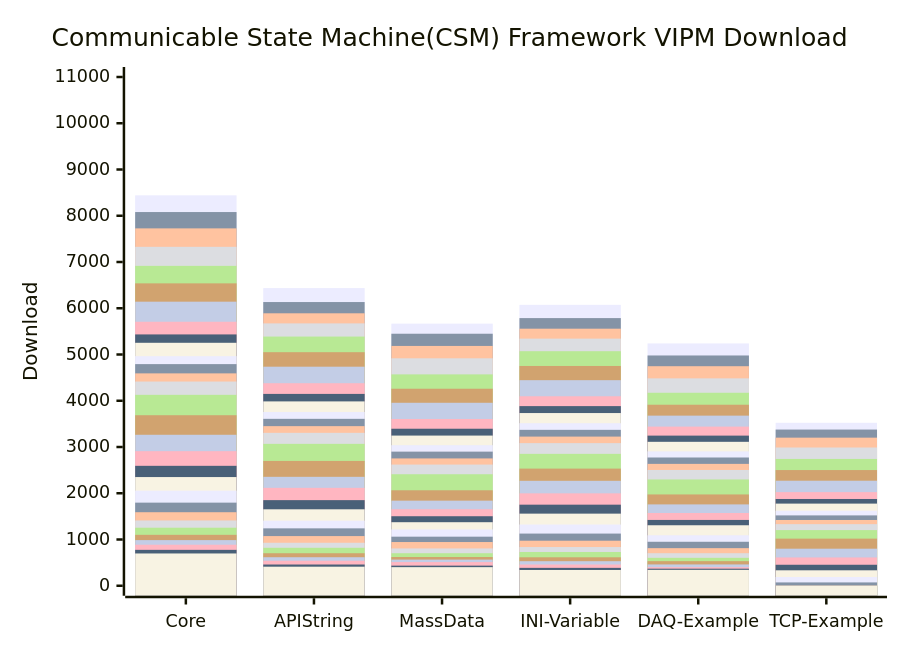
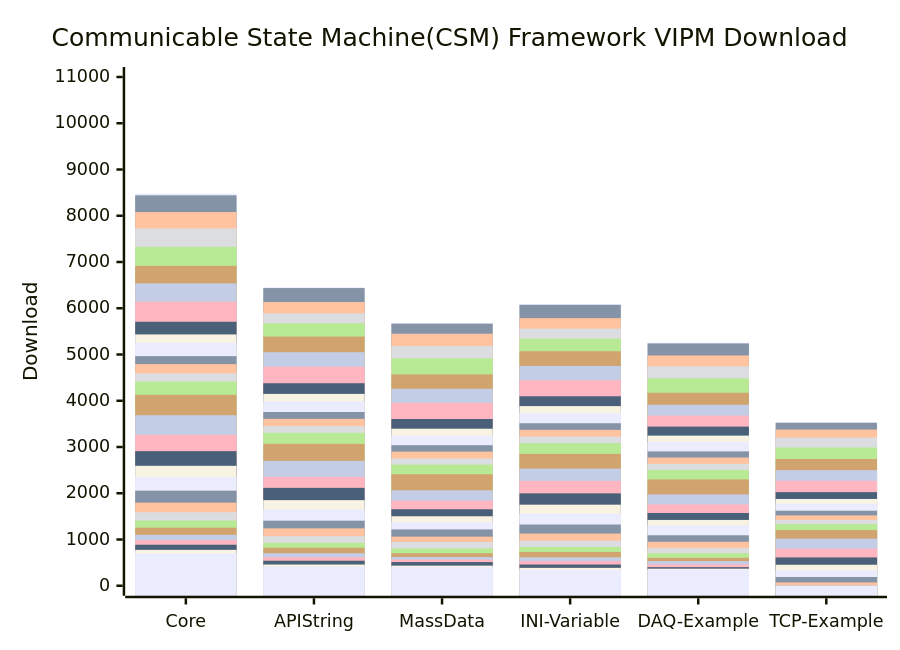
One commit to NEVSTOP-LAB/.github changed the diagram in profile/README.md. Above: the diagram before and after it, drawn with Mermaid. The commit also changed 1 other file, not shown here.

Commit message:
chore: update profile README

````diff
--- a/profile/README.md
+++ b/profile/README.md
@@ -42,36 +42,37 @@
 ```mermaid
     xychart-beta
     title "Communicable State Machine(CSM) Framework VIPM Download"
     x-axis [Core, API String, MassData, INI-Variable, DAQ-Example, TCP-Example]
     y-axis "Download" 0 --> 11000
+    bar   [8480, 6454, 5681, 6090, 5258, 3535, 2026.11]
     bar   [8442, 6436, 5667, 6074, 5239, 3524, 2026.10]
     bar   [8080, 6134, 5449, 5787, 4979, 3377, 2026.09]
     bar   [7727, 5891, 5185, 5558, 4747, 3202, 2026.08]
     bar   [7328, 5673, 4918, 5343, 4484, 2989, 2026.07]
     bar   [6917, 5388, 4570, 5071, 4173, 2742, 2026.06]
     bar   [6538, 5050, 4260, 4752, 3914, 2501, 2026.05]
     bar   [6142, 4736, 3956, 4445, 3678, 2271, 2026.04]
     bar   [5708, 4379, 3605, 4097, 3441, 2024, 2026.03]
     bar   [5434, 4148, 3395, 3884, 3246, 1876, 2026.02]
     bar   [5253, 3986, 3247, 3734, 3112, 1776, 2026.01]
     bar   [4964, 3756, 3039, 3514, 2905, 1622, 2025.12]
     bar   [4792, 3609, 2900, 3371, 2773, 1521, 2025.11]
     bar   [4592, 3451, 2753, 3225, 2635, 1422, 2025.10]
     bar   [4415, 3306, 2620, 3084, 2503, 1332, 2025.09]
     bar   [4128, 3068, 2411, 2852, 2298, 1203, 2025.08]
     bar   [3687, 2699, 2064, 2533, 1974, 1019, 2025.07]
     bar   [3264, 2355, 1840, 2269, 1759, 801, 2025.06]
     bar   [2910, 2117, 1654, 1998, 1573, 612, 2025.05]
     bar   [2593, 1851, 1503, 1753, 1423, 454, 2025.04]
     bar   [2350, 1653, 1374, 1559, 1308, 334, 2025.03]
     bar   [2056, 1407, 1218, 1324, 1091, 189, 2025.02]
     bar   [1797, 1241, 1061, 1128, 951, 72, 2025.01]
     bar   [1590, 1074, 945, 974, 813, 0, 2024.12]
     bar   [1412, 929, 807, 837, 704, 0, 2024.11]
     bar   [1255, 821, 703, 730, 604, 0, 2024.10]
     bar   [1101, 703, 621, 615, 532, 0, 2024.09]
     bar   [987, 617, 565, 531, 461, 0, 2024.08]
     bar   [887, 541, 512, 459, 402, 0, 2024.07]
     bar   [776, 459, 435, 387, 369, 0, 2024.06]
     bar   [698, 412, 402, 341, 344, 0, 2024.05]
 ```
````
